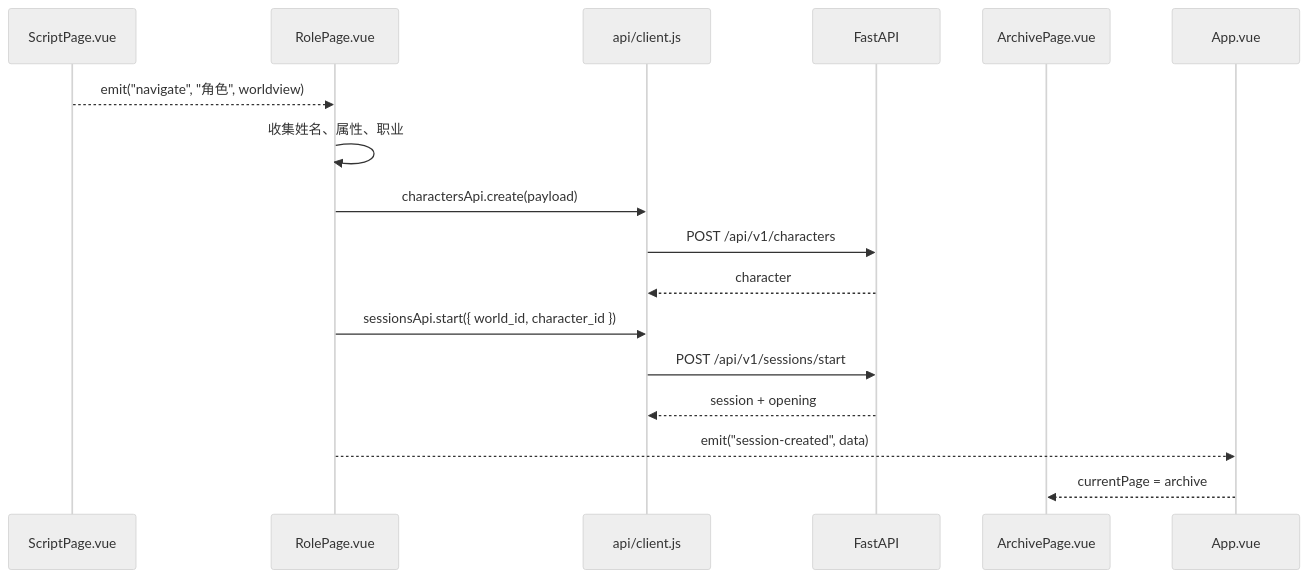
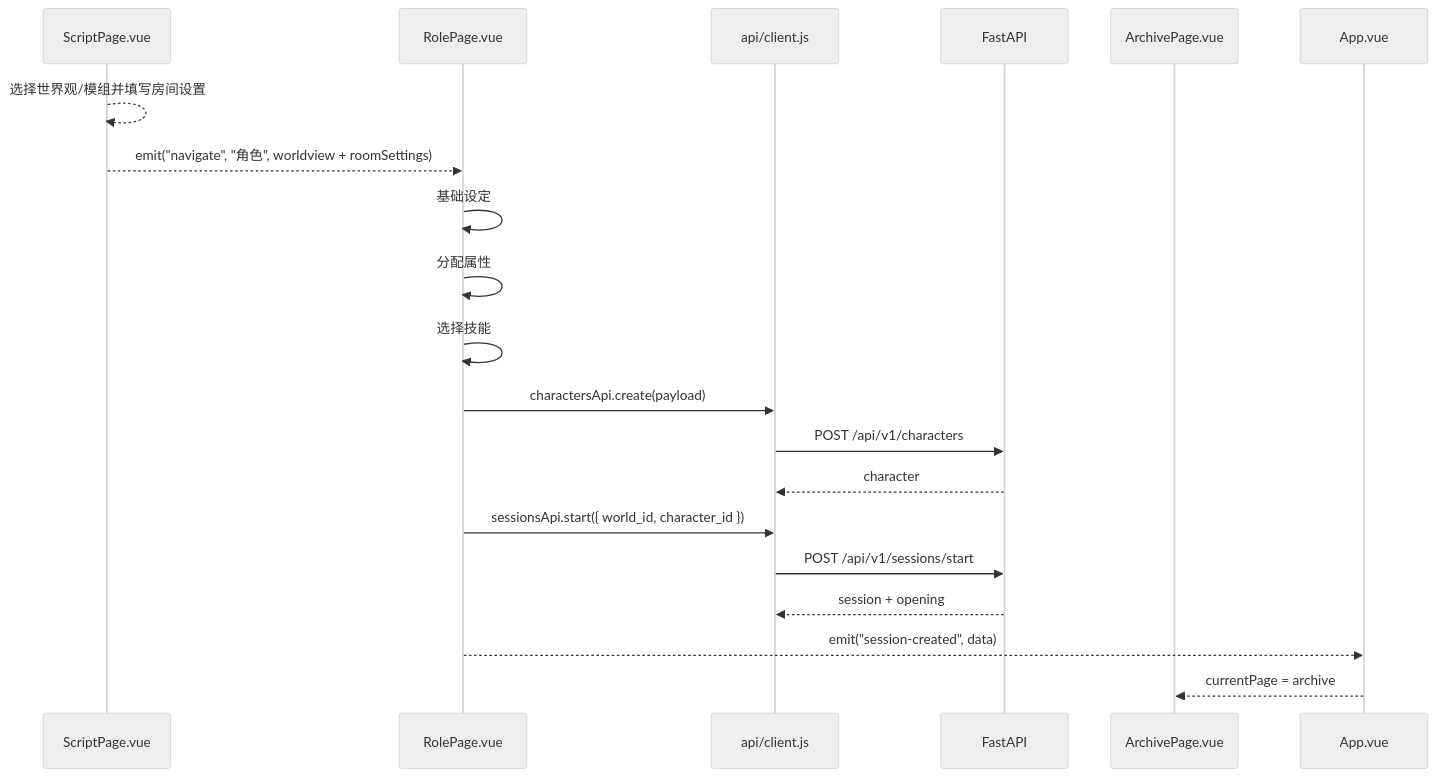
Before and after one commit to SFinnovation/StoryForge: the second of 2 diagrams in docs/frontend-structure.md, drawn with Mermaid (neutral theme). The commit also changed other lines of this file and 37 other files, not shown here.

Commit message:
feat: wire room flow and Krenko module data

````diff
--- a/docs/frontend-structure.md
+++ b/docs/frontend-structure.md
@@ -133,19 +161,22 @@
 ```mermaid
 sequenceDiagram
   participant W as ScriptPage.vue
   participant R as RolePage.vue
   participant API as api/client.js
   participant BE as FastAPI
   participant A as ArchivePage.vue
 
-  W-->>R: emit("navigate", "角色", worldview)
-  R->>R: 收集姓名、属性、职业
+  W-->>W: 选择世界观/模组并填写房间设置
+  W-->>R: emit("navigate", "角色", worldview + roomSettings)
+  R->>R: 基础设定
+  R->>R: 分配属性
+  R->>R: 选择技能
   R->>API: charactersApi.create(payload)
   API->>BE: POST /api/v1/characters
   BE-->>API: character
   R->>API: sessionsApi.start({ world_id, character_id })
   API->>BE: POST /api/v1/sessions/start
   BE-->>API: session + opening
   R-->>App.vue: emit("session-created", data)
   App.vue-->>A: currentPage = archive
 ```
````
